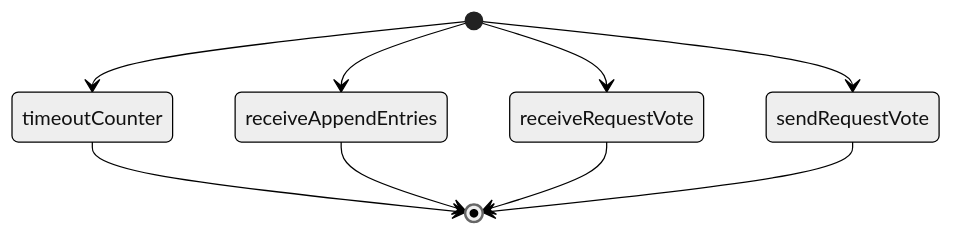
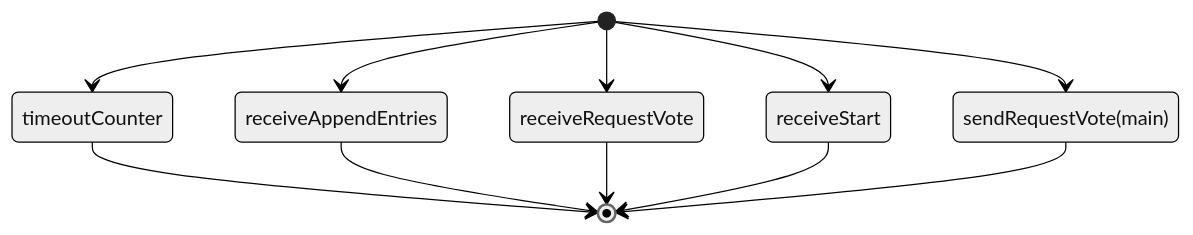
Before and after one commit to Olive-2019/blogPost: the fourth of 4 diagrams in DS-Lab2.md, drawn with Mermaid (neutral theme). The commit also changed other lines of this file, not shown here.

````diff
--- a/DS-Lab2.md
+++ b/DS-Lab2.md
@@ -175,14 +180,17 @@
 ```mermaid
 stateDiagram-v2
     [*] --> timeoutCounter
     timeoutCounter --> [*]
     [*] --> receiveAppendEntries
     receiveAppendEntries --> [*]
-    
+  
     [*] --> receiveRequestVote
     receiveRequestVote --> [*]
 
-    [*] --> sendRequestVote
-    sendRequestVote --> [*]
-    
+    [*] --> receiveStart
+    receiveStart --> [*]
+
+    [*] --> sendRequestVote(main)
+    sendRequestVote(main) --> [*]
+  
 ```
````
